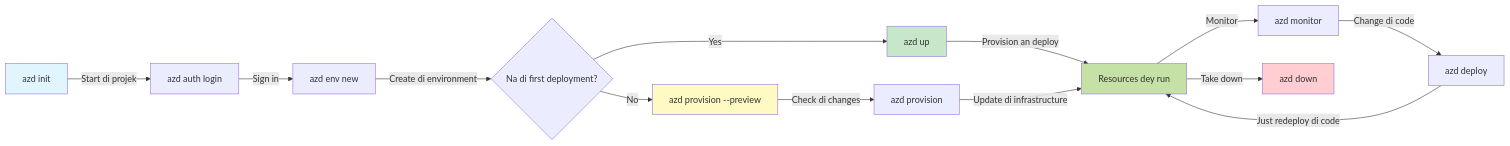
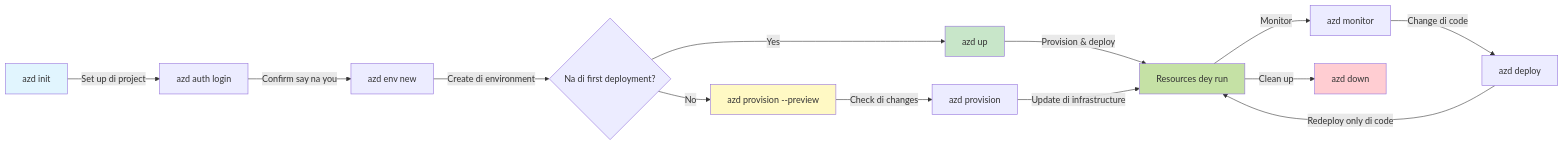
The first of 2 diagrams in translations/pcm/docs/chapter-01-foundation/azd-basics.md (microsoft/AZD-for-beginners), drawn with Mermaid before and after one commit. The commit also changed other lines of this file and 101 other files, not shown here.

````diff
--- a/translations/pcm/docs/chapter-01-foundation/azd-basics.md
+++ b/translations/pcm/docs/chapter-01-foundation/azd-basics.md
@@ -269,21 +269,21 @@
 ```mermaid
 graph LR
-    A[azd init] -->|Start di projek| B[azd auth login]
-    B -->|Sign in| C[azd env new]
+    A[azd init] -->|Set up di project| B[azd auth login]
+    B -->|Confirm say na you| C[azd env new]
     C -->|Create di environment| D{Na di first deployment?}
     D -->|Yes| E[azd up]
     D -->|No| F[azd provision --preview]
     F -->|Check di changes| G[azd provision]
-    E -->|Provision an deploy| H[Resources dey run]
+    E -->|Provision & deploy| H[Resources dey run]
     G -->|Update di infrastructure| H
     H -->|Monitor| I[azd monitor]
     I -->|Change di code| J[azd deploy]
-    J -->|Just redeploy di code| H
-    H -->|Take down| K[azd down]
+    J -->|Redeploy only di code| H
+    H -->|Clean up| K[azd down]
     
     style A fill:#e1f5fe
     style E fill:#c8e6c9
     style F fill:#fff9c4
     style H fill:#c5e1a5
     style K fill:#ffcdd2
 ```
````
